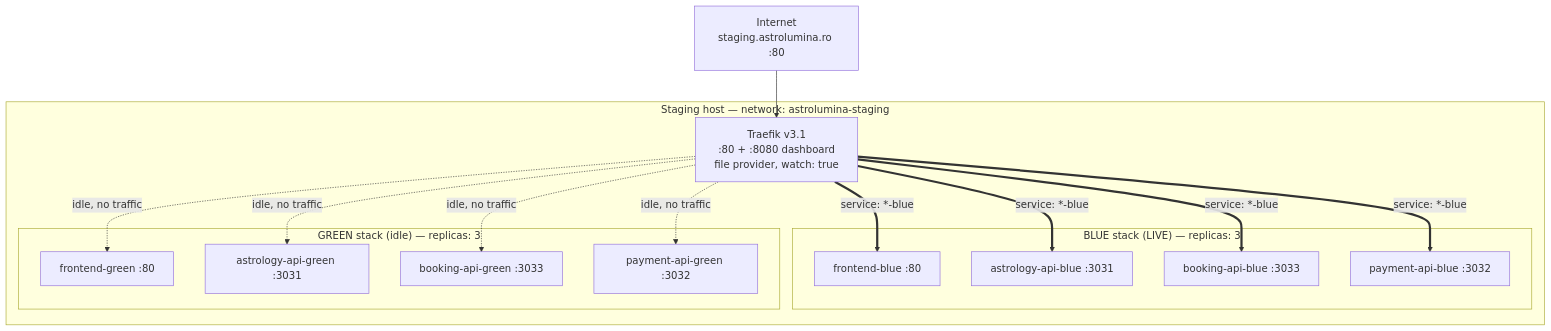
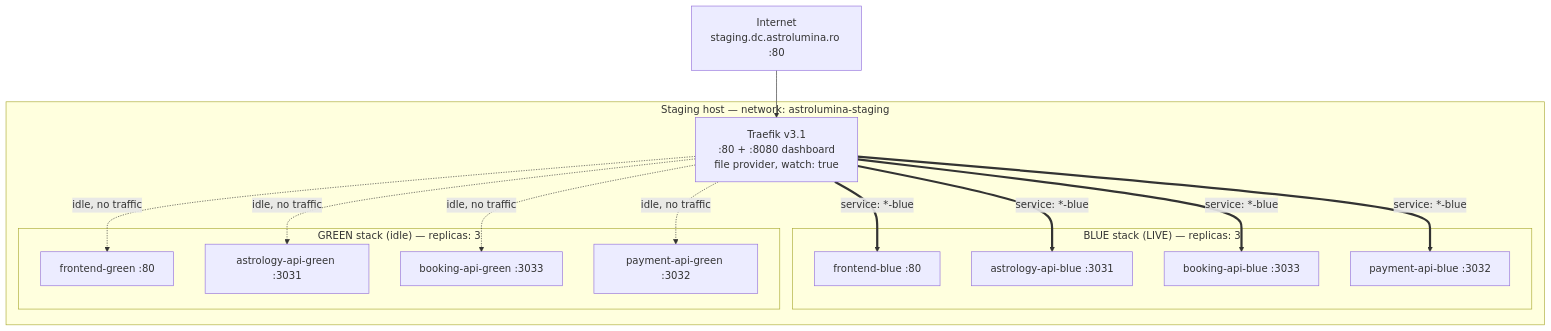
One commit to AstroLumina-by-Carmen-Ilie/AstroLumina-DockerCompose changed the third of 8 diagrams in README.md. Above: the diagram before and after it, drawn with Mermaid. The commit also changed other lines of this file and 6 other files, not shown here.

````diff
--- a/README.md
+++ b/README.md
@@ -113,26 +113,26 @@
 ```mermaid
 flowchart TB
-    NET["Internet<br/>staging.astrolumina.ro :80"]
+    NET["Internet<br/>staging.dc.astrolumina.ro :80"]
 
     subgraph HOST["Staging host — network: astrolumina-staging"]
         TR["Traefik v3.1<br/>:80 + :8080 dashboard<br/>file provider, watch: true"]
 
         subgraph BLUE["BLUE stack (LIVE) — replicas: 3"]
             FB["frontend-blue :80"]
             AB["astrology-api-blue :3031"]
             BB["booking-api-blue :3033"]
             PB["payment-api-blue :3032"]
         end
 
         subgraph GREEN["GREEN stack (idle) — replicas: 3"]
             FG["frontend-green :80"]
             AG["astrology-api-green :3031"]
             BG["booking-api-green :3033"]
             PG["payment-api-green :3032"]
         end
     end
 
     NET --> TR
     TR ==>|"service: *-blue"| FB & AB & BB & PB
     TR -.->|"idle, no traffic"| FG & AG & BG & PG
 ```
````
